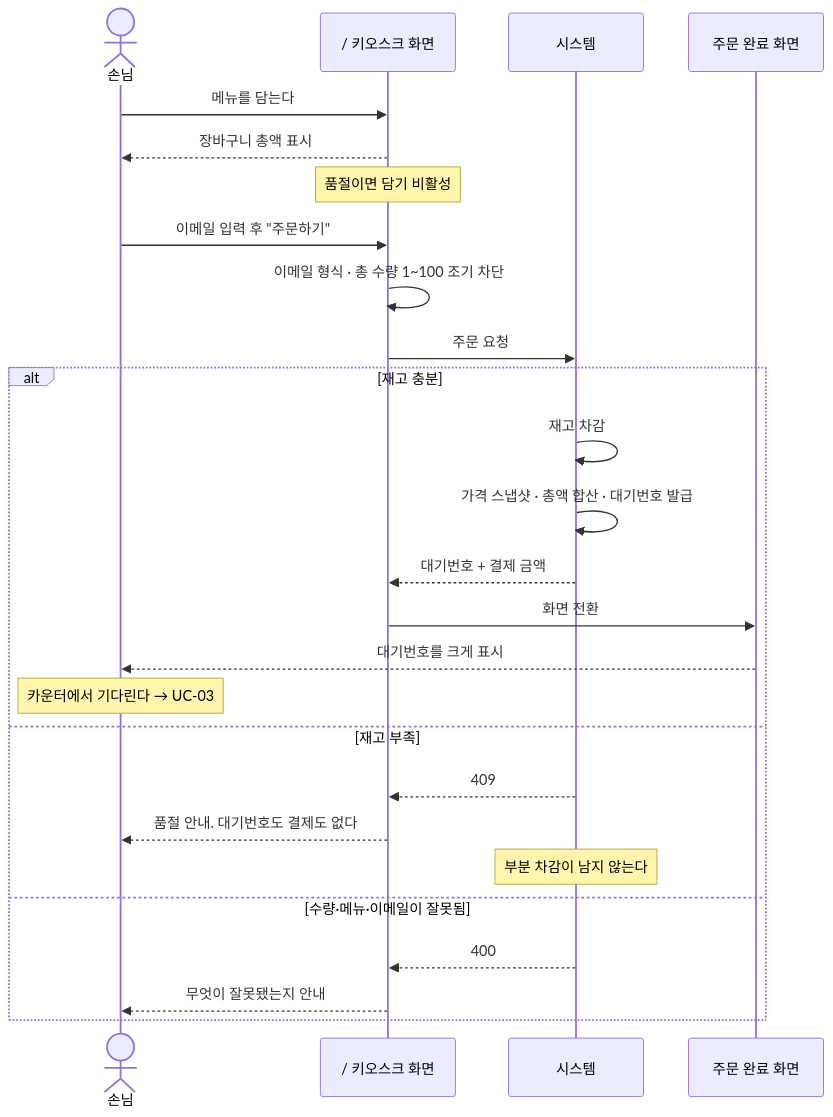
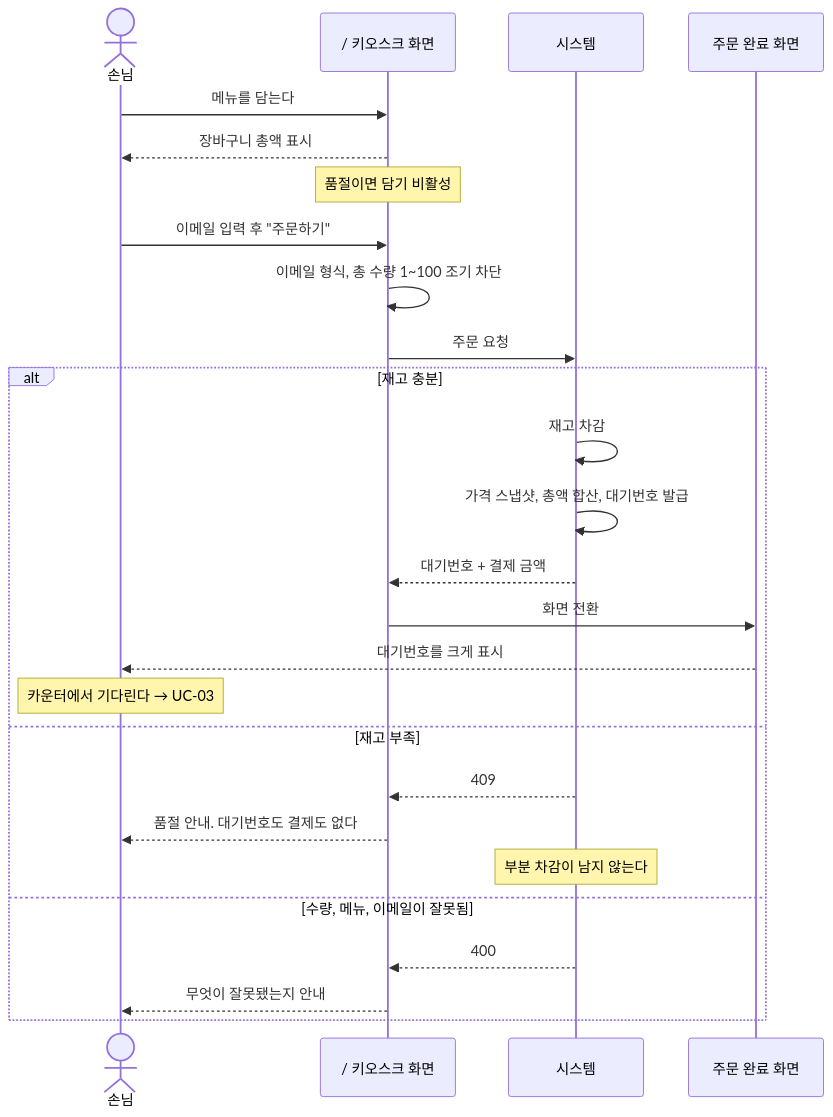
One commit to hhyukk/cafe-kiosk changed the second of 4 diagrams in docs/USECASES.md. Above: the diagram before and after it, drawn with Mermaid. The commit also changed other lines of this file and 12 other files, not shown here.

````diff
--- a/docs/USECASES.md
+++ b/docs/USECASES.md
@@ -698,31 +696,31 @@
 ```mermaid
 sequenceDiagram
     actor G as 손님
     participant K as / 키오스크 화면
     participant SYS as 시스템
     participant D as 주문 완료 화면
 
     G->>K: 메뉴를 담는다
     K-->>G: 장바구니 총액 표시
     Note over K: 품절이면 담기 비활성
 
     G->>K: 이메일 입력 후 "주문하기"
-    K->>K: 이메일 형식 · 총 수량 1~100 조기 차단
+    K->>K: 이메일 형식, 총 수량 1~100 조기 차단
     K->>SYS: 주문 요청
 
     alt 재고 충분
         SYS->>SYS: 재고 차감
-        SYS->>SYS: 가격 스냅샷 · 총액 합산 · 대기번호 발급
+        SYS->>SYS: 가격 스냅샷, 총액 합산, 대기번호 발급
         SYS-->>K: 대기번호 + 결제 금액
         K->>D: 화면 전환
         D-->>G: 대기번호를 크게 표시
         Note over G: 카운터에서 기다린다 → UC-03
     else 재고 부족
         SYS-->>K: 409
         K-->>G: 품절 안내. 대기번호도 결제도 없다
         Note over SYS: 부분 차감이 남지 않는다
-    else 수량·메뉴·이메일이 잘못됨
+    else 수량, 메뉴, 이메일이 잘못됨
         SYS-->>K: 400
         K-->>G: 무엇이 잘못됐는지 안내
     end
 ```
````
